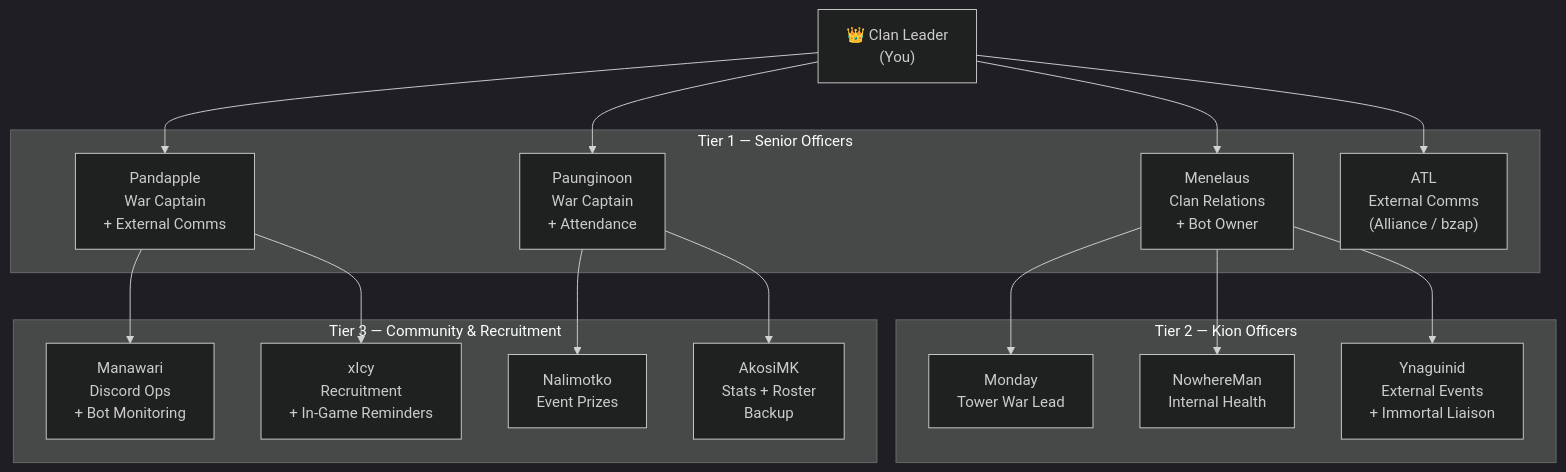
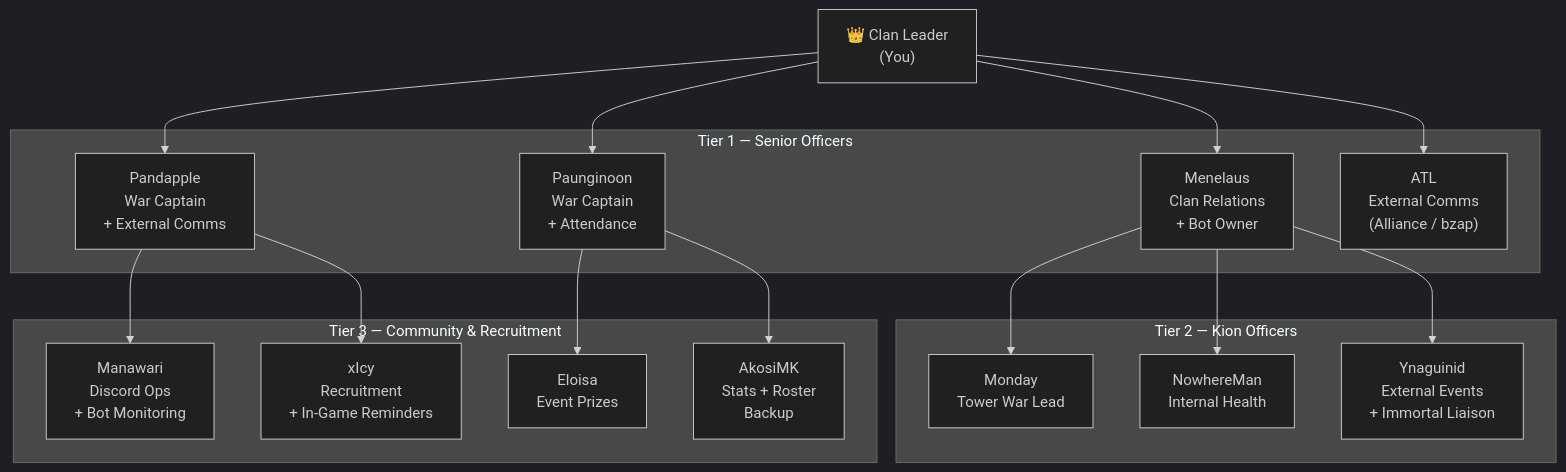
Before and after one commit to OMGTR-max/zeus-bot: the first of 3 diagrams in OFFICERS.md, drawn with Mermaid (dark theme). The commit also changed other lines of this file and 1 other file, not shown here.

First line of the commit message:
Swap Nalimotko → Eloisa as Tier 3 Event Prize Coordinator (#17)

````diff
--- a/OFFICERS.md
+++ b/OFFICERS.md
@@ -10,38 +10,38 @@
 ```mermaid
 flowchart TD
     Leader["👑 Clan Leader<br/>(You)"]
 
     subgraph T1[" Tier 1 — Senior Officers "]
         Menelaus["Menelaus<br/>Clan Relations<br/>+ Bot Owner"]
         Pandapple["Pandapple<br/>War Captain<br/>+ External Comms"]
         Pau["Paunginoon<br/>War Captain<br/>+ Attendance"]
         ATL["ATL<br/>External Comms<br/>(Alliance / bzap)"]
     end
 
     subgraph T2[" Tier 2 — Kion Officers "]
         Monday["Monday<br/>Tower War Lead"]
         Nowhere["NowhereMan<br/>Internal Health"]
         Yna["Ynaguinid<br/>External Events<br/>+ Immortal Liaison"]
     end
 
     subgraph T3[" Tier 3 — Community & Recruitment "]
         Mana["Manawari<br/>Discord Ops<br/>+ Bot Monitoring"]
         xIcy["xIcy<br/>Recruitment<br/>+ In-Game Reminders"]
-        Nali["Nalimotko<br/>Event Prizes"]
+        Nali["Eloisa<br/>Event Prizes"]
         Akosi["AkosiMK<br/>Stats + Roster<br/>Backup"]
     end
 
     Leader --> Menelaus
     Leader --> Pandapple
     Leader --> Pau
     Leader --> ATL
 
     Menelaus --> Monday
     Menelaus --> Nowhere
     Menelaus --> Yna
 
     Pandapple --> Mana
     Pandapple --> xIcy
     Pau --> Nali
     Pau --> Akosi
 ```
````
